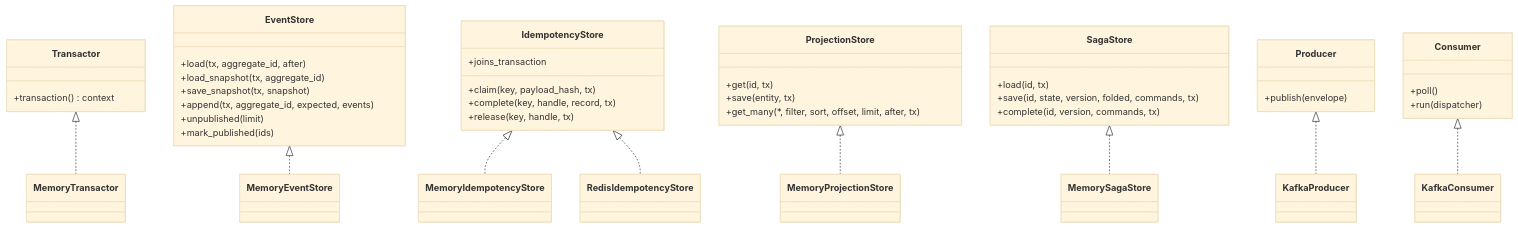
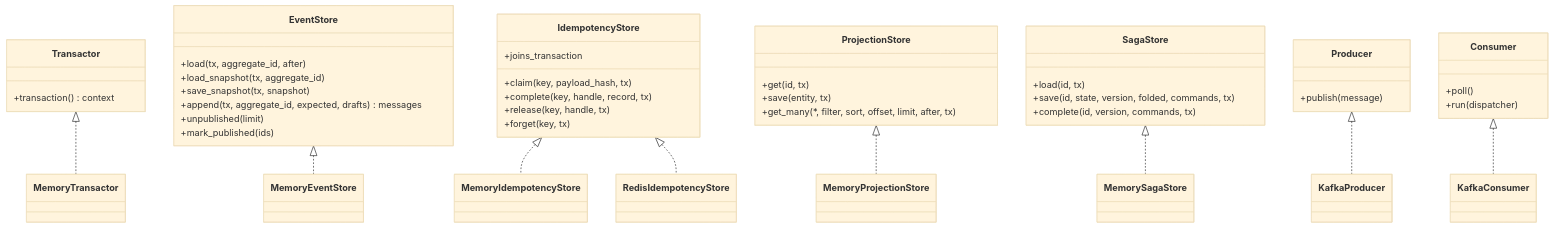
One commit to haskian/edax changed the second of 2 diagrams in docs/sdk/README.md. Above: the diagram before and after it, drawn with Mermaid (base theme). The commit also changed 175 other files, not shown here.

````diff
--- a/docs/sdk/README.md
+++ b/docs/sdk/README.md
@@ -51,45 +51,46 @@
 ```mermaid
 classDiagram
     class Transactor {
         +transaction() context
     }
     class EventStore {
         +load(tx, aggregate_id, after)
         +load_snapshot(tx, aggregate_id)
         +save_snapshot(tx, snapshot)
-        +append(tx, aggregate_id, expected, events)
+        +append(tx, aggregate_id, expected, drafts) messages
         +unpublished(limit)
         +mark_published(ids)
     }
     class IdempotencyStore {
         +claim(key, payload_hash, tx)
         +complete(key, handle, record, tx)
         +release(key, handle, tx)
+        +forget(key, tx)
         +joins_transaction
     }
     class ProjectionStore {
         +get(id, tx)
         +save(entity, tx)
         +get_many(*, filter, sort, offset, limit, after, tx)
     }
     class SagaStore {
         +load(id, tx)
         +save(id, state, version, folded, commands, tx)
         +complete(id, version, commands, tx)
     }
     class Producer {
-        +publish(envelope)
+        +publish(message)
     }
     class Consumer {
         +poll()
         +run(dispatcher)
     }
     Transactor <|.. MemoryTransactor
     EventStore <|.. MemoryEventStore
     IdempotencyStore <|.. MemoryIdempotencyStore
     IdempotencyStore <|.. RedisIdempotencyStore
     ProjectionStore <|.. MemoryProjectionStore
     SagaStore <|.. MemorySagaStore
     Producer <|.. KafkaProducer
     Consumer <|.. KafkaConsumer
 ```
````
